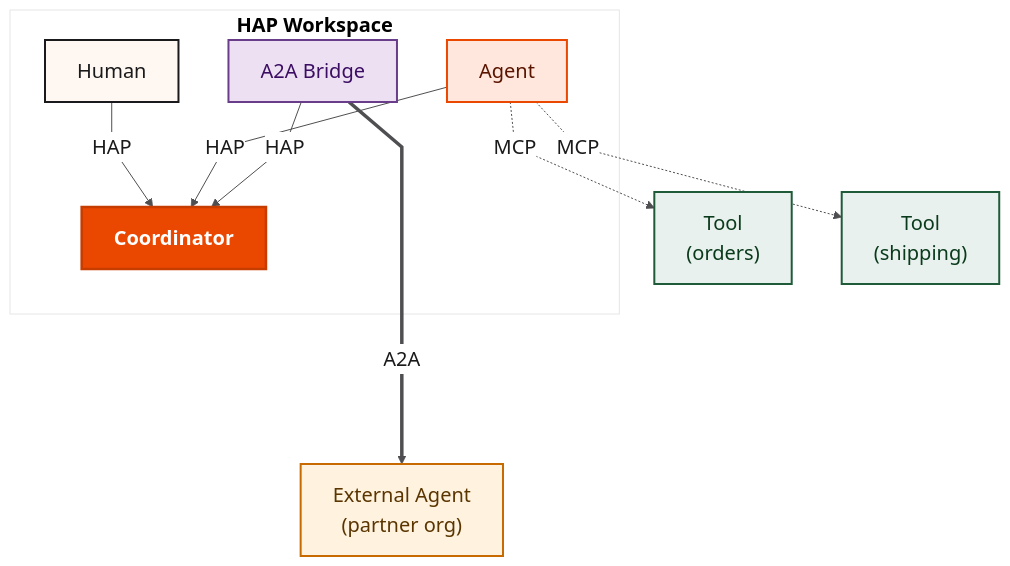
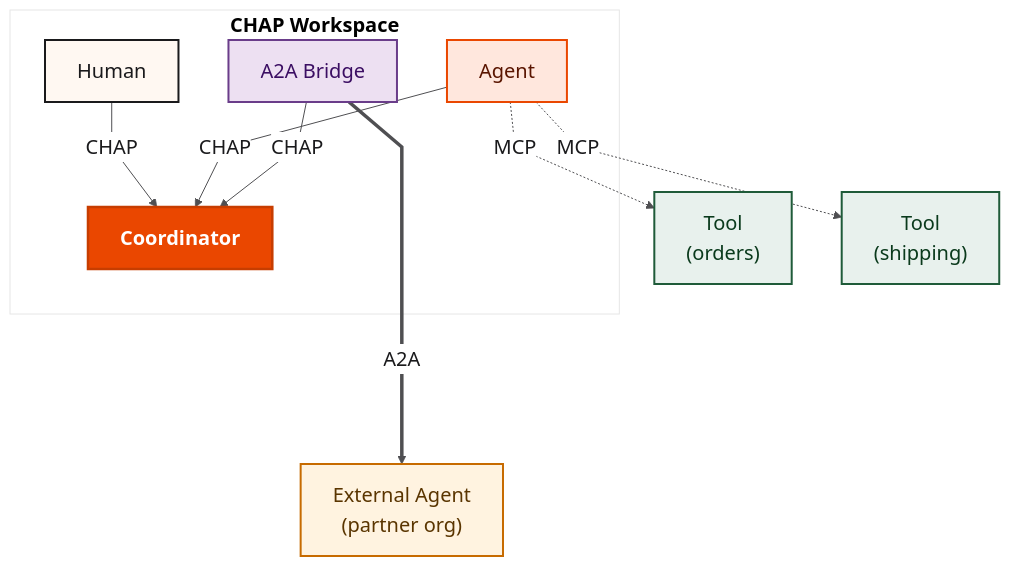
Before and after one commit to BrightbeamAI/chap: the eighth of 9 diagrams in ARCHITECTURE.md, drawn with Mermaid. The commit also changed other lines of this file and 59 other files, not shown here.

Commit message:
HAP: renamed to CHAP

````diff
--- a/ARCHITECTURE.md
+++ b/ARCHITECTURE.md
@@ -380,39 +380,39 @@
 ```mermaid
 %%{init: {
   "theme": "base",
   "themeVariables": {
     "fontSize": "20px",
     "fontFamily": "Arial, Helvetica, sans-serif",
     "primaryColor": "#ffffff",
     "primaryTextColor": "#1a1a1c",
     "primaryBorderColor": "#1a1a1c",
     "lineColor": "#4f4f52"
   },
   "flowchart": { "curve": "linear", "nodeSpacing": 50, "rankSpacing": 60, "padding": 16 }
 }}%%
 flowchart TB
     classDef human fill:#FFF8F2,stroke:#1a1a1c,stroke-width:2px,color:#1a1a1c
     classDef agent fill:#FFE7DD,stroke:#EA4700,stroke-width:2px,color:#5a1500
     classDef coord fill:#EA4700,stroke:#C73D00,stroke-width:2.5px,color:#ffffff
     classDef tool  fill:#E8F1ED,stroke:#1f5b39,stroke-width:2px,color:#0a3a1c
     classDef bridge fill:#EDE0F2,stroke:#6a3d8a,stroke-width:2px,color:#3b0e63
     classDef ext   fill:#FFF3E0,stroke:#C76B00,stroke-width:2px,color:#5a3500
 
-    subgraph WS["<b>HAP Workspace</b>"]
+    subgraph WS["<b>CHAP Workspace</b>"]
       H["Human"]:::human
       A["Agent"]:::agent
       C["<b>Coordinator</b>"]:::coord
       B["A2A Bridge"]:::bridge
     end
 
     T1["Tool<br/>(orders)"]:::tool
     T2["Tool<br/>(shipping)"]:::tool
     EXT["External Agent<br/>(partner org)"]:::ext
 
-    H -->|HAP| C
-    A -->|HAP| C
-    B -->|HAP| C
+    H -->|CHAP| C
+    A -->|CHAP| C
+    B -->|CHAP| C
     A -.->|MCP| T1
     A -.->|MCP| T2
     B ====>|A2A| EXT
 ```
````
